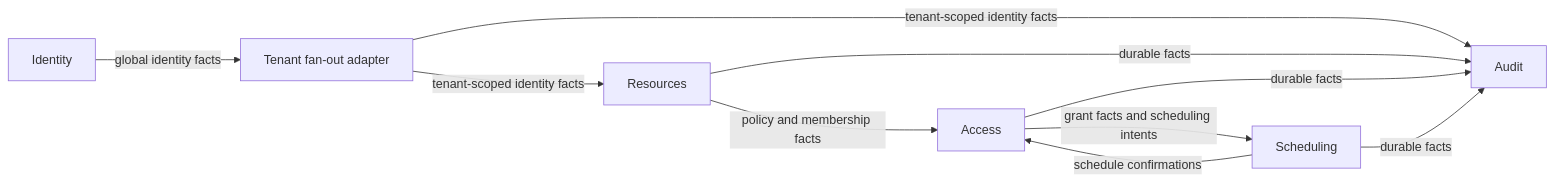
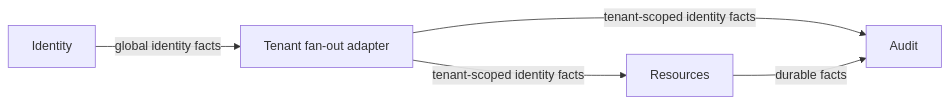
One commit to spine-examples/access-desk-ts changed the diagram in references/architecture.md. Above: the diagram before and after it, drawn with Mermaid. The commit also changed other lines of this file and 126 other files, not shown here.

````diff
--- a/references/architecture.md
+++ b/references/architecture.md
@@ -52,12 +56,7 @@
 ```mermaid
 flowchart LR
   Identity -->|global identity facts| Fanout[Tenant fan-out adapter]
   Fanout -->|tenant-scoped identity facts| Resources
-  Resources -->|policy and membership facts| Access
-  Access -->|grant facts and scheduling intents| Scheduling
-  Scheduling -->|schedule confirmations| Access
   Fanout -->|tenant-scoped identity facts| Audit
   Resources -->|durable facts| Audit
-  Access -->|durable facts| Audit
-  Scheduling -->|durable facts| Audit
 ```
````
